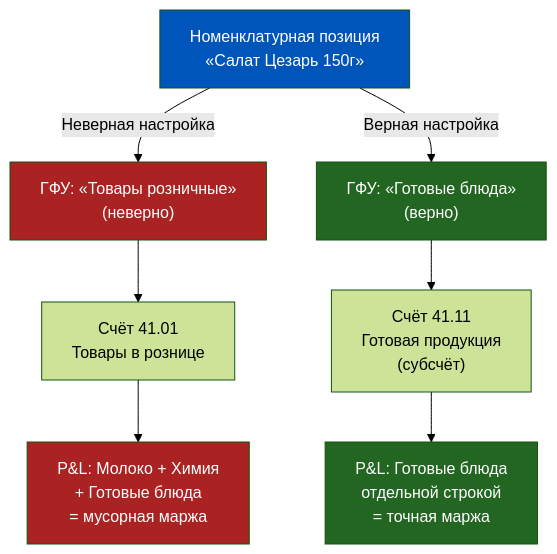
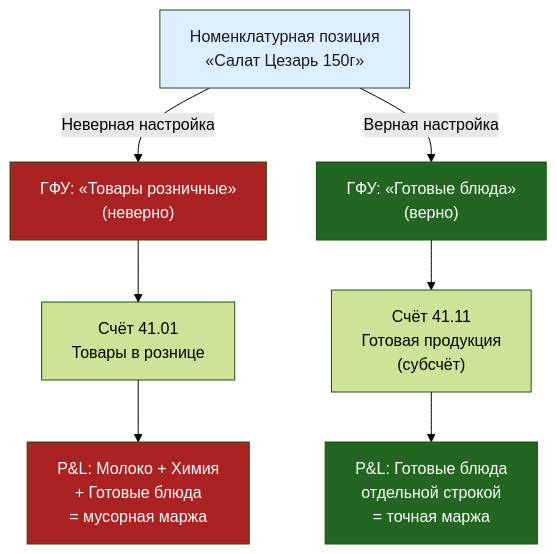
The first of 5 diagrams in content/1c-erp/week_2/Неделя 2 - День 2 - ГФУ.md (murad1986/1c-erp-quartz), drawn with Mermaid (forest theme) before and after one commit. The commit also changed other lines of this file and 57 other files, not shown here.

First line of the commit message:
fix: Mermaid — пастельные цвета в источниках диаграмм (56 файлов)

````diff
--- a/content/1c-erp/week_2/Неделя 2 - День 2 - ГФУ.md
+++ b/content/1c-erp/week_2/Неделя 2 - День 2 - ГФУ.md
@@ -54,19 +54,19 @@
 ```mermaid
 flowchart TD
     NOM["Номенклатурная позиция<br/>«Салат Цезарь 150г»"]
     GFU_WRONG["ГФУ: «Товары розничные»<br/>(неверно)"]
     GFU_RIGHT["ГФУ: «Готовые блюда»<br/>(верно)"]
     ACC41["Счёт 41.01<br/>Товары в рознице"]
     ACC41G["Счёт 41.11<br/>Готовая продукция<br/>(субсчёт)"]
     PL_WRONG["P&L: Молоко + Химия<br/>+ Готовые блюда<br/>= мусорная маржа"]
     PL_RIGHT["P&L: Готовые блюда<br/>отдельной строкой<br/>= точная маржа"]
 
     NOM -->|"Неверная настройка"| GFU_WRONG --> ACC41 --> PL_WRONG
     NOM -->|"Верная настройка"| GFU_RIGHT --> ACC41G --> PL_RIGHT
 
-    style NOM fill:#0055BB,color:#fff
+    style NOM fill:#dceeff,color:#1a1a1a
     style GFU_WRONG fill:#AA2222,color:#fff
     style GFU_RIGHT fill:#226622,color:#fff
     style PL_WRONG fill:#AA2222,color:#fff
     style PL_RIGHT fill:#226622,color:#fff
 ```
````
